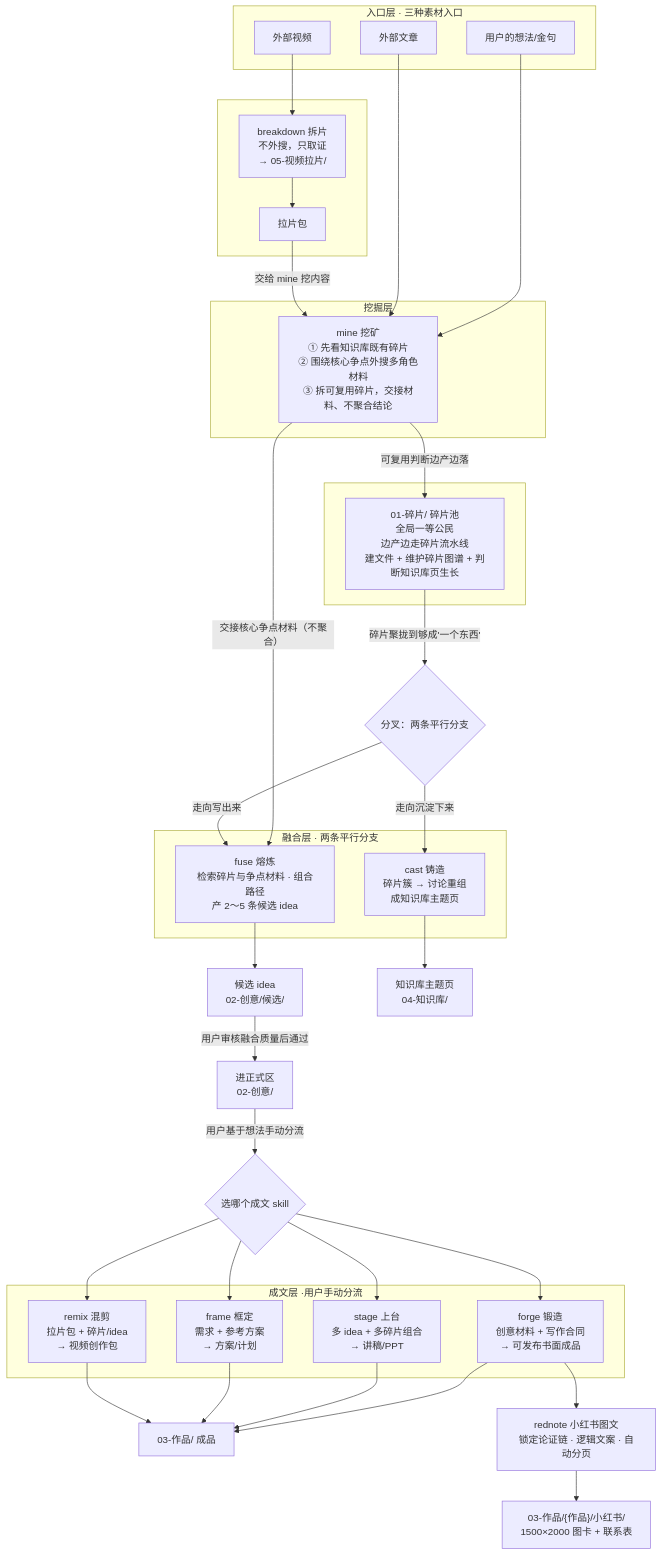
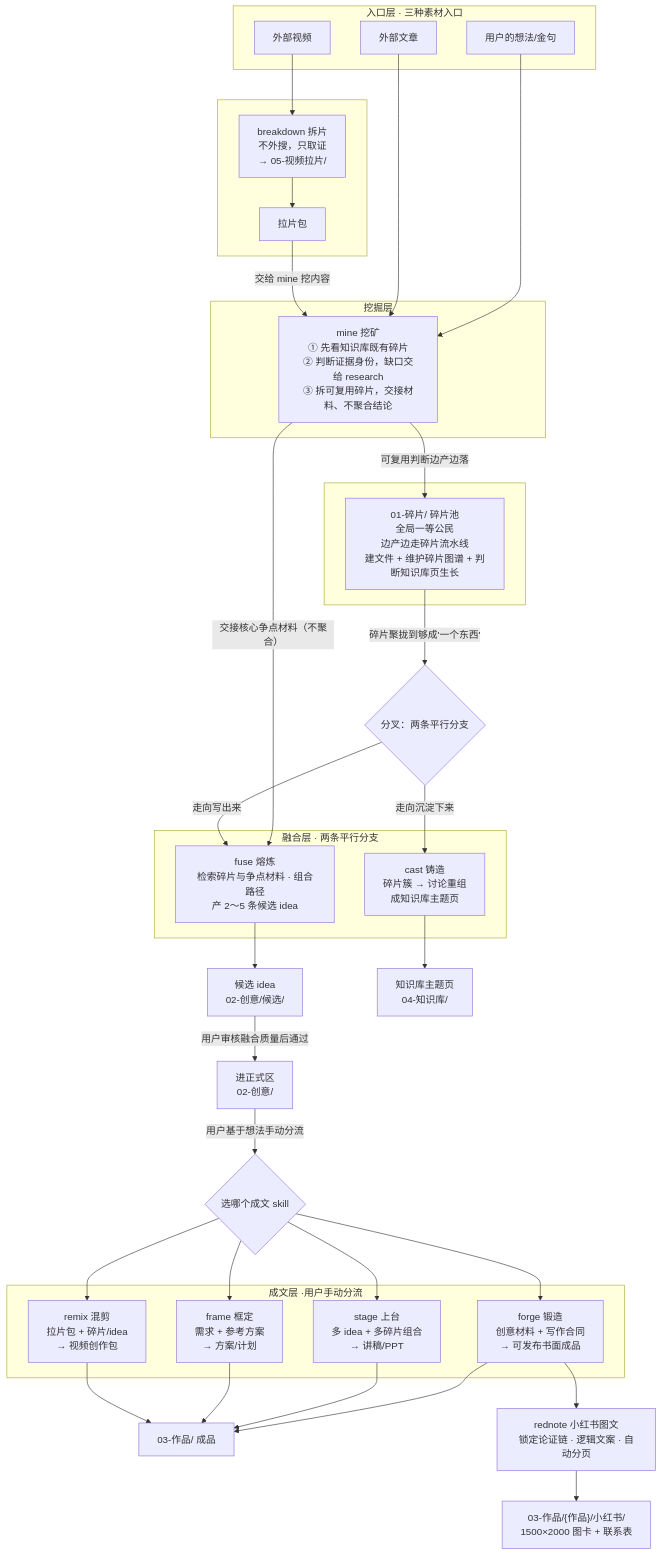
The second of 2 diagrams in write/README.md (ssdiwu/507-skills), drawn with Mermaid before and after one commit. The commit also changed other lines of this file and 5 other files, not shown here.

````diff
--- a/write/README.md
+++ b/write/README.md
@@ -204,66 +204,66 @@
 ```mermaid
 flowchart TD
     %% 入口层
     subgraph 入口层[入口层 · 三种素材入口]
         idea[用户的想法/金句]
         article[外部文章]
         video[外部视频]
     end
 
     video --> breakdown
     subgraph 拆片[ ]
         breakdown["breakdown 拆片<br/>不外搜，只取证<br/>→ 05-视频拉片/"]
         拉片包[拉片包]
     end
     breakdown --> 拉片包
 
     idea --> mine
     article --> mine
     拉片包 -->|交给 mine 挖内容| mine
 
     subgraph 挖掘层[挖掘层]
-        mine["mine 挖矿<br/>① 先看知识库既有碎片<br/>② 围绕核心争点外搜多角色材料<br/>③ 拆可复用碎片，交接材料、不聚合结论"]
+        mine["mine 挖矿<br/>① 先看知识库既有碎片<br/>② 判断证据身份，缺口交给 research<br/>③ 拆可复用碎片，交接材料、不聚合结论"]
     end
 
     mine -->|可复用判断边产边落| 碎片池
     mine -->|交接核心争点材料（不聚合）| fuse
     subgraph 汇合[ ]
         碎片池["01-碎片/ 碎片池<br/>全局一等公民<br/>边产边走碎片流水线<br/>建文件 + 维护碎片图谱 + 判断知识库页生长"]
     end
 
     碎片池 -->|碎片聚拢到够成'一个东西'| 分叉{分叉：两条平行分支}
 
     分叉 -->|走向写出来| fuse
     分叉 -->|走向沉淀下来| cast
 
     subgraph 融合层[融合层 · 两条平行分支]
         fuse["fuse 熔炼<br/>检索碎片与争点材料 · 组合路径<br/>产 2～5 条候选 idea"]
         cast["cast 铸造<br/>碎片簇 → 讨论重组<br/>成知识库主题页"]
     end
 
     fuse --> 候选idea["候选 idea<br/>02-创意/候选/"]
     cast --> 知识库页["知识库主题页<br/>04-知识库/"]
 
     候选idea -->|用户审核融合质量后通过| 正式区["进正式区<br/>02-创意/"]
 
     正式区 -->|用户基于想法手动分流| 分流{选哪个成文 skill}
 
     subgraph 成文层[成文层 ·用户手动分流]
         forge["forge 锻造<br/>创意材料 + 写作合同<br/>→ 可发布书面成品"]
         stage["stage 上台<br/>多 idea + 多碎片组合<br/>→ 讲稿/PPT"]
         frame["frame 框定<br/>需求 + 参考方案<br/>→ 方案/计划"]
         remix["remix 混剪<br/>拉片包 + 碎片/idea<br/>→ 视频创作包"]
     end
 
     分流 --> forge
     分流 --> stage
     分流 --> frame
     分流 --> remix
 
     forge --> 成品["03-作品/ 成品"]
     forge --> rednote["rednote 小红书图文<br/>锁定论证链 · 逻辑文案 · 自动分页"]
     rednote --> 小红书成品["03-作品/{作品}/小红书/<br/>1500×2000 图卡 + 联系表"]
     stage --> 成品
     frame --> 成品
     remix --> 成品
 ```
````
